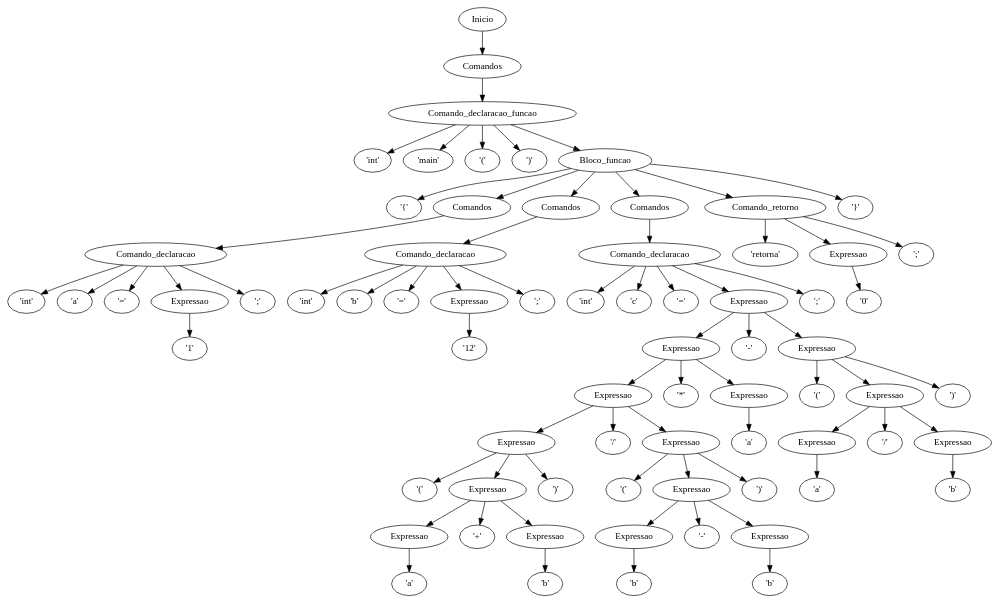
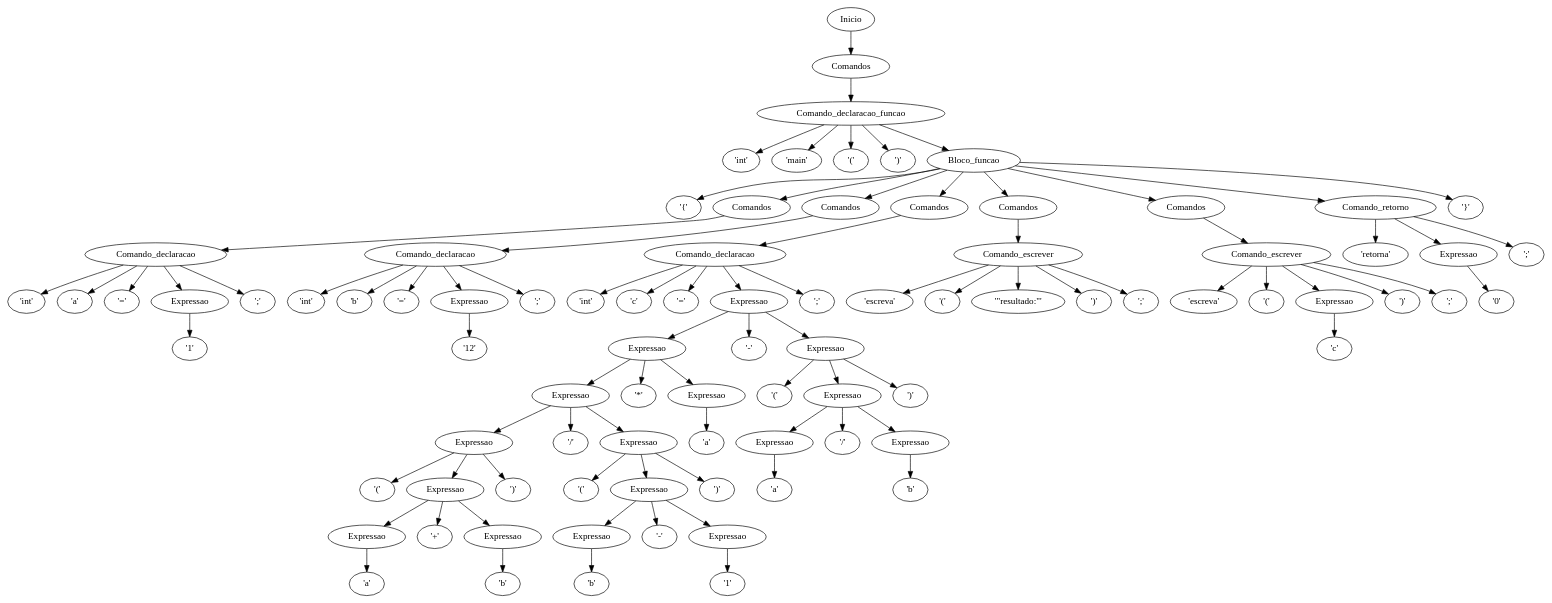
One commit to ogeorgehenrique/compiladorGV changed the diagram in saida_ast.dot. Above: the diagram before and after it, drawn with Graphviz. The commit also changed 25 other files, not shown here.

```diff
--- a/saida_ast.dot
+++ b/saida_ast.dot
@@ -1,145 +1,175 @@
 digraph AST {
 n0 [label="Inicio"];
 n1 [label="Comandos"];
 n2 [label="Comando_declaracao_funcao"];
 n3 [label="'int'"];
 n2 -> n3;
 n4 [label="'main'"];
 n2 -> n4;
 n5 [label="'('"];
 n2 -> n5;
 n6 [label="')'"];
 n2 -> n6;
 n7 [label="Bloco_funcao"];
 n8 [label="'{'"];
 n7 -> n8;
 n9 [label="Comandos"];
 n10 [label="Comando_declaracao"];
 n11 [label="'int'"];
 n10 -> n11;
 n12 [label="'a'"];
 n10 -> n12;
 n13 [label="'='"];
 n10 -> n13;
 n14 [label="Expressao"];
 n15 [label="'1'"];
 n14 -> n15;
 n10 -> n14;
 n16 [label="';'"];
 n10 -> n16;
 n9 -> n10;
 n7 -> n9;
 n17 [label="Comandos"];
 n18 [label="Comando_declaracao"];
 n19 [label="'int'"];
 n18 -> n19;
 n20 [label="'b'"];
 n18 -> n20;
 n21 [label="'='"];
 n18 -> n21;
 n22 [label="Expressao"];
 n23 [label="'12'"];
 n22 -> n23;
 n18 -> n22;
 n24 [label="';'"];
 n18 -> n24;
 n17 -> n18;
 n7 -> n17;
 n25 [label="Comandos"];
 n26 [label="Comando_declaracao"];
 n27 [label="'int'"];
 n26 -> n27;
 n28 [label="'c'"];
 n26 -> n28;
 n29 [label="'='"];
 n26 -> n29;
 n30 [label="Expressao"];
 n31 [label="Expressao"];
 n32 [label="Expressao"];
 n33 [label="Expressao"];
 n34 [label="'('"];
 n33 -> n34;
 n35 [label="Expressao"];
 n36 [label="Expressao"];
 n37 [label="'a'"];
 n36 -> n37;
 n35 -> n36;
 n38 [label="'+'"];
 n35 -> n38;
 n39 [label="Expressao"];
 n40 [label="'b'"];
 n39 -> n40;
 n35 -> n39;
 n33 -> n35;
 n41 [label="')'"];
 n33 -> n41;
 n32 -> n33;
 n42 [label="'/'"];
 n32 -> n42;
 n43 [label="Expressao"];
 n44 [label="'('"];
 n43 -> n44;
 n45 [label="Expressao"];
 n46 [label="Expressao"];
 n47 [label="'b'"];
 n46 -> n47;
 n45 -> n46;
 n48 [label="'-'"];
 n45 -> n48;
 n49 [label="Expressao"];
-n50 [label="'b'"];
+n50 [label="'1'"];
 n49 -> n50;
 n45 -> n49;
 n43 -> n45;
 n51 [label="')'"];
 n43 -> n51;
 n32 -> n43;
 n31 -> n32;
 n52 [label="'*'"];
 n31 -> n52;
 n53 [label="Expressao"];
 n54 [label="'a'"];
 n53 -> n54;
 n31 -> n53;
 n30 -> n31;
 n55 [label="'-'"];
 n30 -> n55;
 n56 [label="Expressao"];
 n57 [label="'('"];
 n56 -> n57;
 n58 [label="Expressao"];
 n59 [label="Expressao"];
 n60 [label="'a'"];
 n59 -> n60;
 n58 -> n59;
 n61 [label="'/'"];
 n58 -> n61;
 n62 [label="Expressao"];
 n63 [label="'b'"];
 n62 -> n63;
 n58 -> n62;
 n56 -> n58;
 n64 [label="')'"];
 n56 -> n64;
 n30 -> n56;
 n26 -> n30;
 n65 [label="';'"];
 n26 -> n65;
 n25 -> n26;
 n7 -> n25;
-n66 [label="Comando_retorno"];
-n67 [label="'retorna'"];
+n66 [label="Comandos"];
+n67 [label="Comando_escrever"];
+n68 [label="'escreva'"];
+n67 -> n68;
+n69 [label="'('"];
+n67 -> n69;
+n70 [label="'\"resultado:\"'"];
+n67 -> n70;
+n71 [label="')'"];
+n67 -> n71;
+n72 [label="';'"];
+n67 -> n72;
 n66 -> n67;
-n68 [label="Expressao"];
-n69 [label="'0'"];
-n68 -> n69;
-n66 -> n68;
-n70 [label="';'"];
-n66 -> n70;
 n7 -> n66;
-n71 [label="'}'"];
-n7 -> n71;
+n73 [label="Comandos"];
+n74 [label="Comando_escrever"];
+n75 [label="'escreva'"];
+n74 -> n75;
+n76 [label="'('"];
+n74 -> n76;
+n77 [label="Expressao"];
+n78 [label="'c'"];
+n77 -> n78;
+n74 -> n77;
+n79 [label="')'"];
+n74 -> n79;
+n80 [label="';'"];
+n74 -> n80;
+n73 -> n74;
+n7 -> n73;
+n81 [label="Comando_retorno"];
+n82 [label="'retorna'"];
+n81 -> n82;
+n83 [label="Expressao"];
+n84 [label="'0'"];
+n83 -> n84;
+n81 -> n83;
+n85 [label="';'"];
+n81 -> n85;
+n7 -> n81;
+n86 [label="'}'"];
+n7 -> n86;
 n2 -> n7;
 n1 -> n2;
 n0 -> n1;
 }
```
